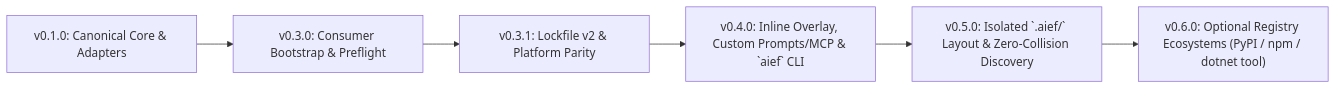
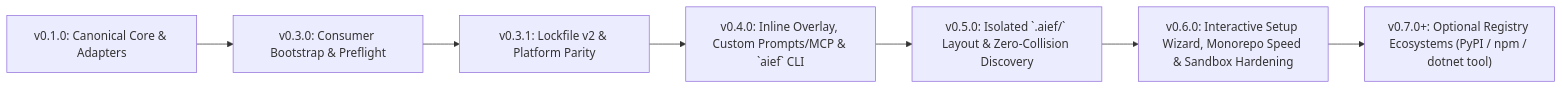
The diagram in docs/ROADMAP.md (Raele24/ai-engineering-framework), drawn with Mermaid before and after one commit. The commit also changed other lines of this file and 15 other files, not shown here.

````diff
--- a/docs/ROADMAP.md
+++ b/docs/ROADMAP.md
@@ -9,8 +9,9 @@
 ```mermaid
 flowchart LR
     V01["v0.1.0: Canonical Core & Adapters"] --> V03["v0.3.0: Consumer Bootstrap & Preflight"]
     V03 --> V031["v0.3.1: Lockfile v2 & Platform Parity"]
     V031 --> V04["v0.4.0: Inline Overlay, Custom Prompts/MCP & `aief` CLI"]
     V04 --> V05["v0.5.0: Isolated `.aief/` Layout & Zero-Collision Discovery"]
-    V05 --> V06["v0.6.0: Optional Registry Ecosystems (PyPI / npm / dotnet tool)"]
+    V05 --> V06["v0.6.0: Interactive Setup Wizard, Monorepo Speed & Sandbox Hardening"]
+    V06 --> V07["v0.7.0+: Optional Registry Ecosystems (PyPI / npm / dotnet tool)"]
 ```
````
